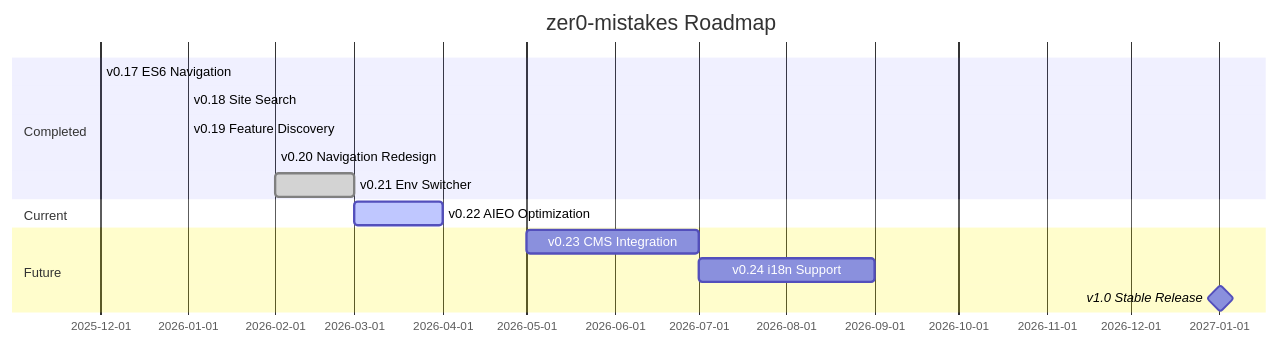
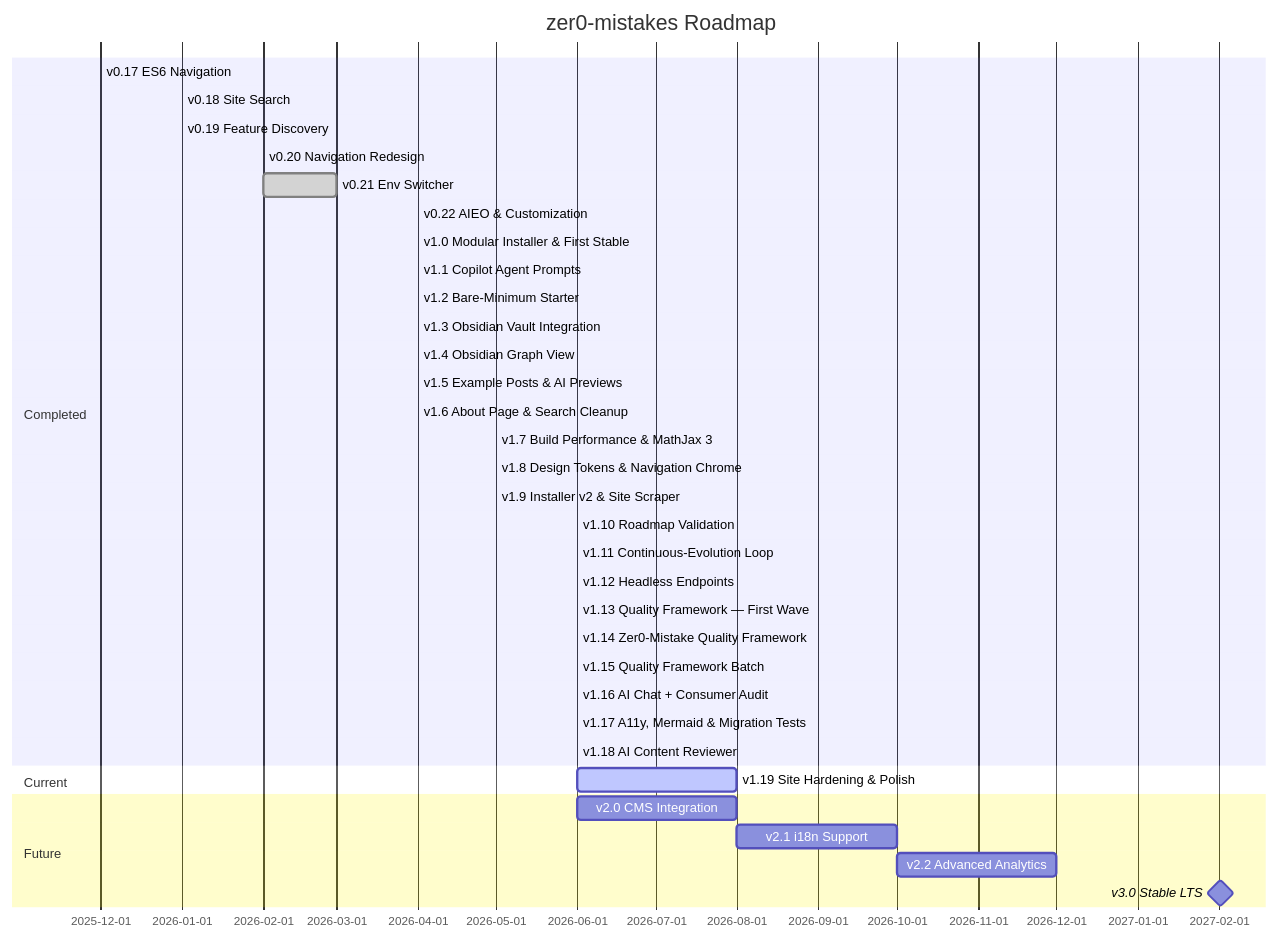
Before and after one commit to bamr87/README: the diagram in docs/zer0-mistakes/README.md, drawn with Mermaid. The commit also changed other lines of this file and 417 other files, not shown here.

````diff
--- a/docs/zer0-mistakes/README.md
+++ b/docs/zer0-mistakes/README.md
@@ -668,17 +816,38 @@
 ```mermaid
 gantt
     title zer0-mistakes Roadmap
     dateFormat YYYY-MM
     section Completed
-    v0.17 ES6 Navigation      :done, 2025-12, 2025-12
-    v0.18 Site Search         :done, 2026-01, 2026-01
-    v0.19 Feature Discovery   :done, 2026-01, 2026-01
-    v0.20 Navigation Redesign :done, 2026-02, 2026-02
-    v0.21 Env Switcher        :done, 2026-02, 2026-03
+    v0.17 ES6 Navigation         :done, 2025-12, 2025-12
+    v0.18 Site Search            :done, 2026-01, 2026-01
+    v0.19 Feature Discovery      :done, 2026-01, 2026-01
+    v0.20 Navigation Redesign    :done, 2026-02, 2026-02
+    v0.21 Env Switcher           :done, 2026-02, 2026-03
+    v0.22 AIEO & Customization   :done, 2026-04, 2026-04
+    v1.0 Modular Installer & First Stable :done, 2026-04, 2026-04
+    v1.1 Copilot Agent Prompts   :done, 2026-04, 2026-04
+    v1.2 Bare-Minimum Starter    :done, 2026-04, 2026-04
+    v1.3 Obsidian Vault Integration :done, 2026-04, 2026-04
+    v1.4 Obsidian Graph View     :done, 2026-04, 2026-04
+    v1.5 Example Posts & AI Previews :done, 2026-04, 2026-04
+    v1.6 About Page & Search Cleanup :done, 2026-04, 2026-04
+    v1.7 Build Performance & MathJax 3 :done, 2026-05, 2026-05
+    v1.8 Design Tokens & Navigation Chrome :done, 2026-05, 2026-05
+    v1.9 Installer v2 & Site Scraper :done, 2026-05, 2026-05
+    v1.10 Roadmap Validation     :done, 2026-06, 2026-06
+    v1.11 Continuous-Evolution Loop :done, 2026-06, 2026-06
+    v1.12 Headless Endpoints     :done, 2026-06, 2026-06
+    v1.13 Quality Framework — First Wave :done, 2026-06, 2026-06
+    v1.14 Zer0-Mistake Quality Framework :done, 2026-06, 2026-06
+    v1.15 Quality Framework Batch :done, 2026-06, 2026-06
+    v1.16 AI Chat + Consumer Audit :done, 2026-06, 2026-06
+    v1.17 A11y, Mermaid & Migration Tests :done, 2026-06, 2026-06
+    v1.18 AI Content Reviewer    :done, 2026-06, 2026-06
     section Current
-    v0.22 AIEO Optimization   :active, 2026-03, 2026-04
+    v1.19 Site Hardening & Polish :active, 2026-06, 2026-08
     section Future
-    v0.23 CMS Integration     :2026-05, 2026-07
-    v0.24 i18n Support        :2026-07, 2026-09
-    v1.0 Stable Release       :milestone, 2027-01, 1d
+    v2.0 CMS Integration         :2026-06, 2026-08
+    v2.1 i18n Support            :2026-08, 2026-10
+    v2.2 Advanced Analytics      :2026-10, 2026-12
+    v3.0 Stable LTS              :milestone, 2027-02, 1d
 ```
````
